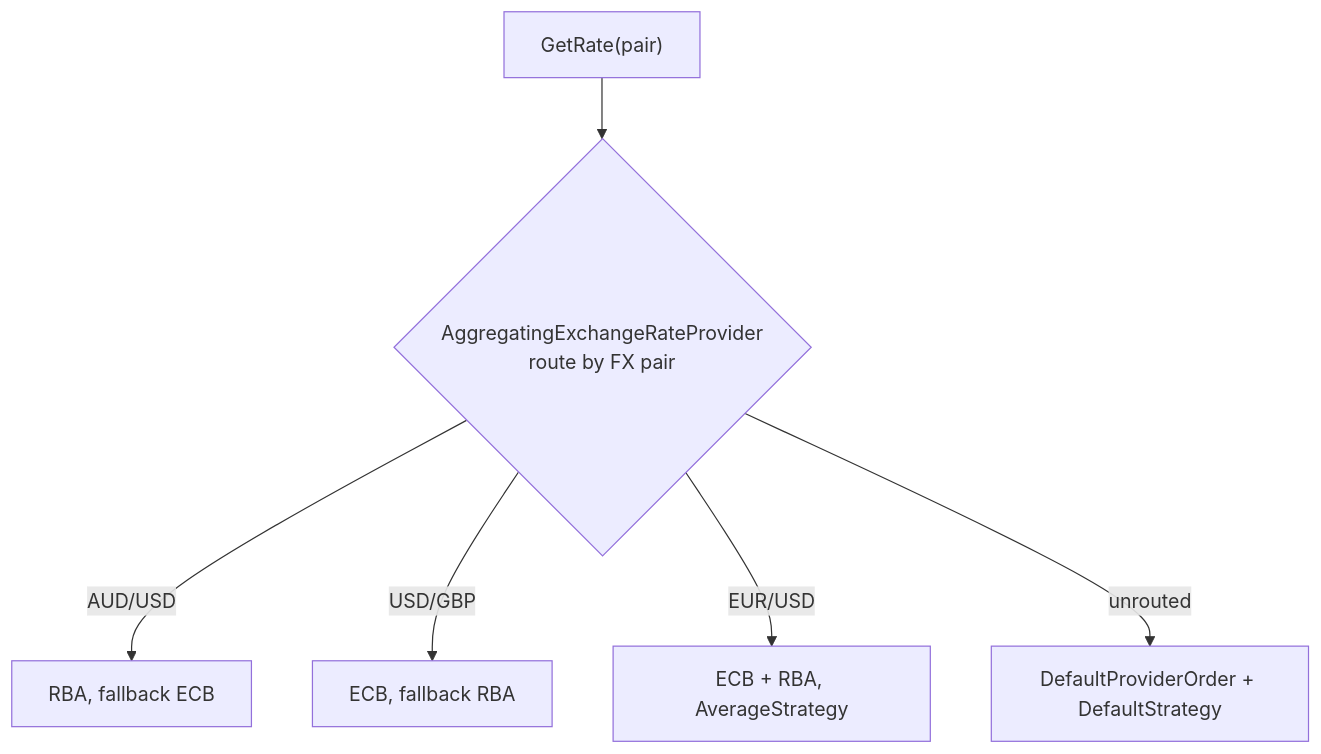
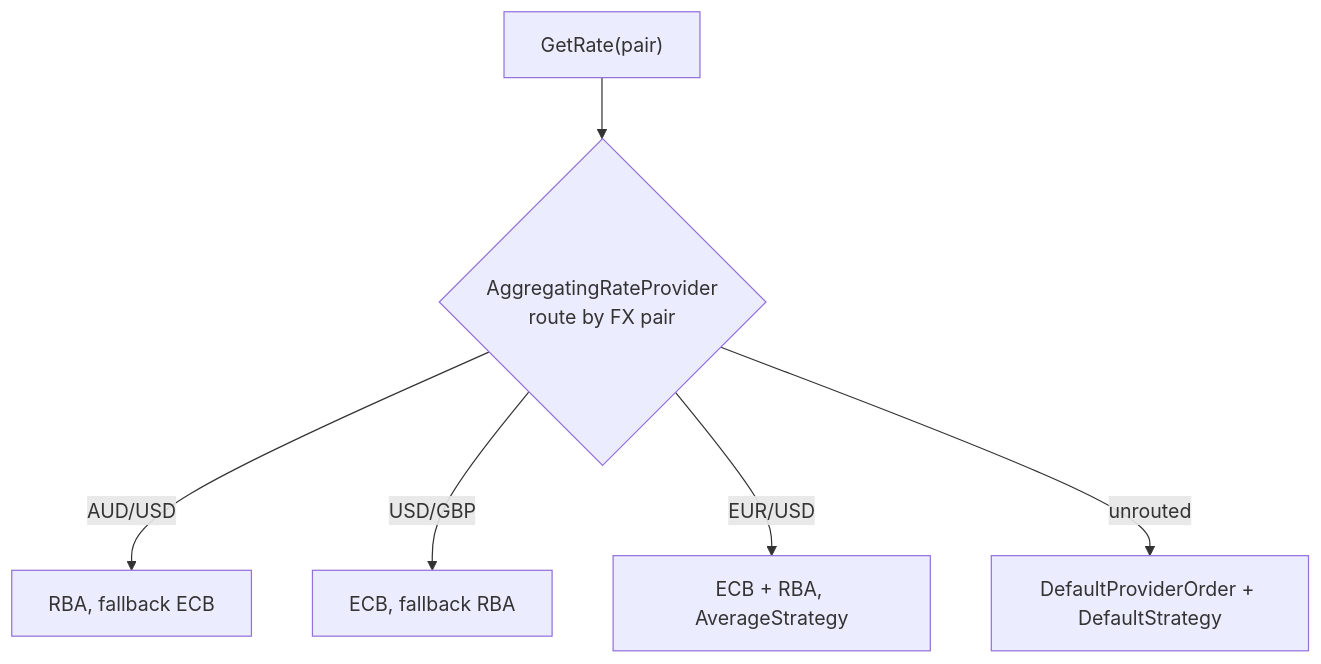
One commit to bslater/bodu changed the third of 3 diagrams in docs/guides/financial/exchange-rate-caching.md. Above: the diagram before and after it, drawn with Mermaid. The commit also changed other lines of this file and 53 other files, not shown here.

````diff
--- a/docs/guides/financial/exchange-rate-caching.md
+++ b/docs/guides/financial/exchange-rate-caching.md
@@ -713,8 +713,8 @@
 ```mermaid
 flowchart TD
-    Q["GetRate(pair)"] --> AGG{"AggregatingExchangeRateProvider<br/>route by FX pair"}
+    Q["GetRate(pair)"] --> AGG{"AggregatingRateProvider<br/>route by FX pair"}
     AGG -- "AUD/USD" --> P1["RBA, fallback ECB"]
     AGG -- "USD/GBP" --> P2["ECB, fallback RBA"]
     AGG -- "EUR/USD" --> P3["ECB + RBA, AverageStrategy"]
     AGG -- "unrouted" --> PD["DefaultProviderOrder + DefaultStrategy"]
 ```
````
